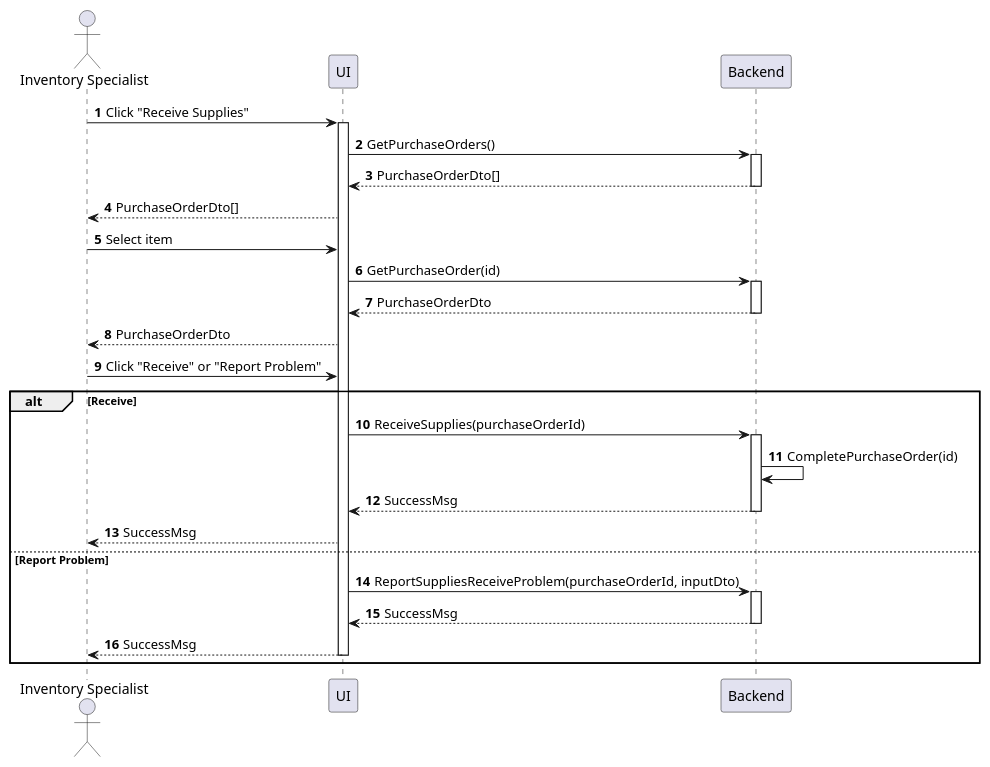
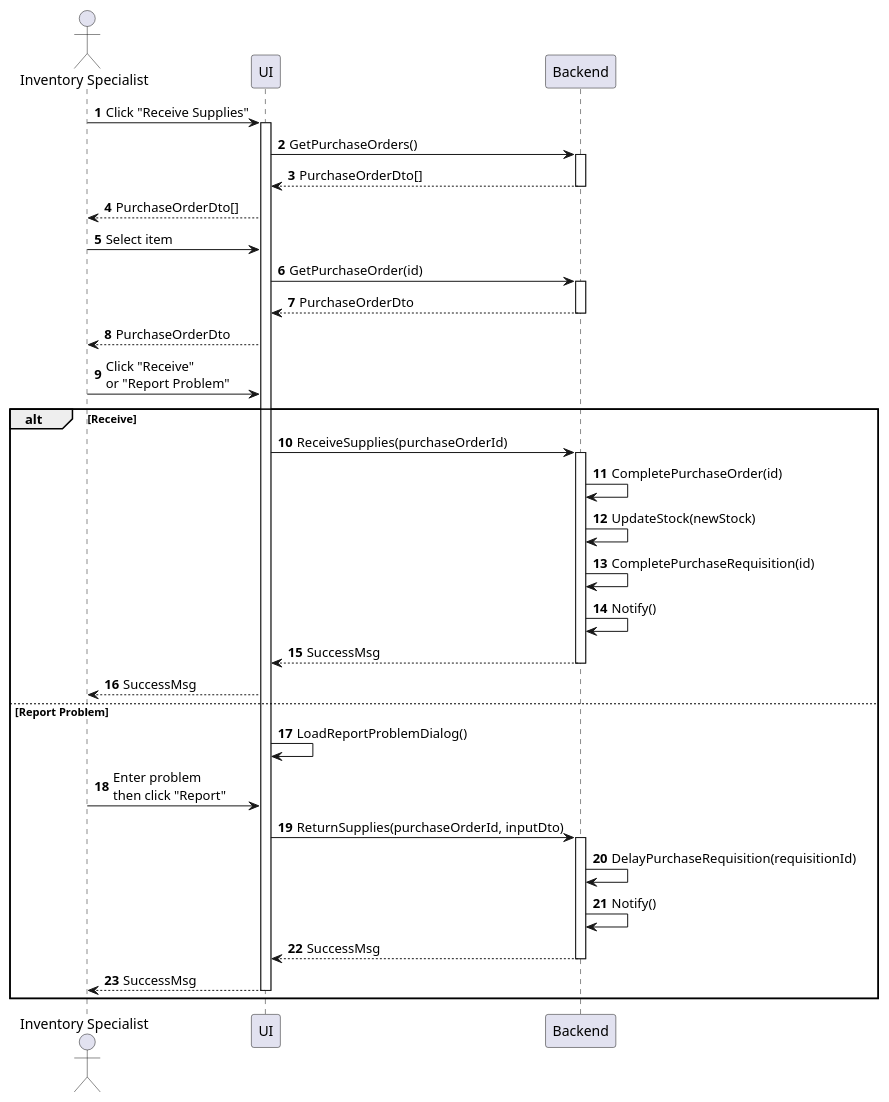
The diagram in Lab1/Lab1.2/sequences/inventory-supply-receive.plantuml (phihungha/SE357-Practice-class), drawn with PlantUML before and after one commit. The commit also changed 17 other files, not shown here.

Commit message:
Finalize sequence diagram

```diff
--- a/Lab1/Lab1.2/sequences/inventory-supply-receive.plantuml
+++ b/Lab1/Lab1.2/sequences/inventory-supply-receive.plantuml
@@ -1,34 +1,41 @@
 @startuml inventory-supply-receive
 autonumber
 
 actor "Inventory Specialist" as a
 participant UI as f
 participant Backend as b
 
 a -> f : Click "Receive Supplies"
 activate f
 f -> b : GetPurchaseOrders()
 activate b
 return PurchaseOrderDto[]
 f --> a : PurchaseOrderDto[]
 a -> f : Select item
 f -> b : GetPurchaseOrder(id)
 activate b
 return PurchaseOrderDto
 f --> a : PurchaseOrderDto
-a -> f : Click "Receive" or "Report Problem"
+a -> f : Click "Receive"\nor "Report Problem"
 
 alt Receive
     f -> b : ReceiveSupplies(purchaseOrderId)
     activate b
     b -> b : CompletePurchaseOrder(id)
+    b -> b : UpdateStock(newStock)
+    b -> b : CompletePurchaseRequisition(id)
+    b -> b : Notify()
     return SuccessMsg
     f --> a : SuccessMsg
 else Report Problem
-    f -> b : ReportSuppliesReceiveProblem(purchaseOrderId, inputDto)
+    f -> f : LoadReportProblemDialog()
+    a -> f : Enter problem\nthen click "Report"
+    f -> b : ReturnSupplies(purchaseOrderId, inputDto)
     activate b
+    b -> b : DelayPurchaseRequisition(requisitionId)
+    b -> b : Notify()
     return SuccessMsg
     f --> a : SuccessMsg
     deactivate f
 end
 @enduml
```
